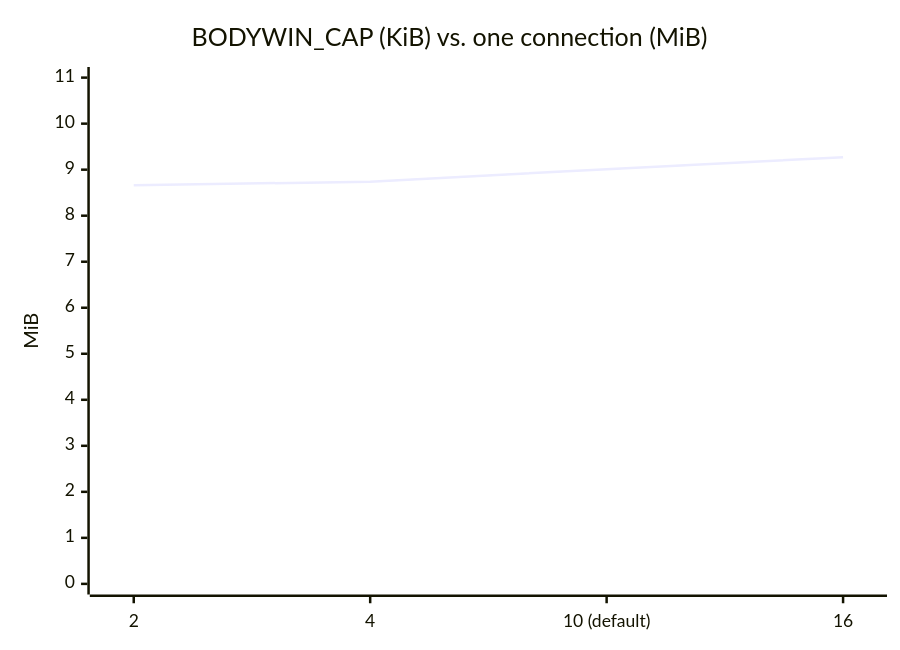
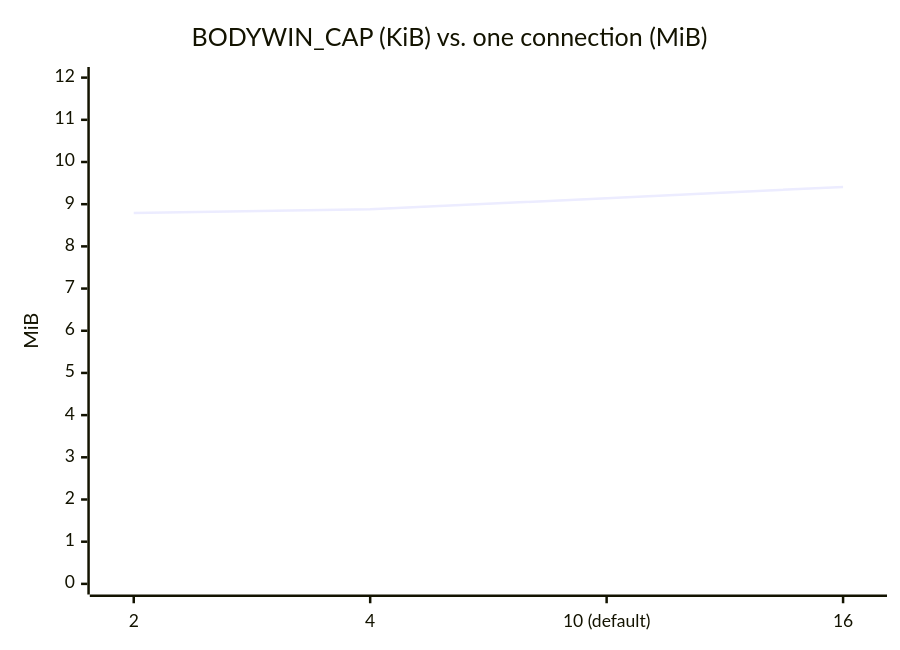
Before and after one commit to Hakkadaikon/wired: the sixth of 9 diagrams in docs/architecture/memory.md, drawn with Mermaid. The commit also changed other lines of this file and 5 other files, not shown here.

````diff
--- a/docs/architecture/memory.md
+++ b/docs/architecture/memory.md
@@ -122,7 +122,7 @@
 ```mermaid
 xychart-beta
     title "BODYWIN_CAP (KiB) vs. one connection (MiB)"
     x-axis ["2", "4", "10 (default)", "16"]
-    y-axis "MiB" 0 --> 11
-    line [8.66, 8.74, 9.01, 9.27]
+    y-axis "MiB" 0 --> 12
+    line [8.79, 8.88, 9.14, 9.41]
 ```
````
